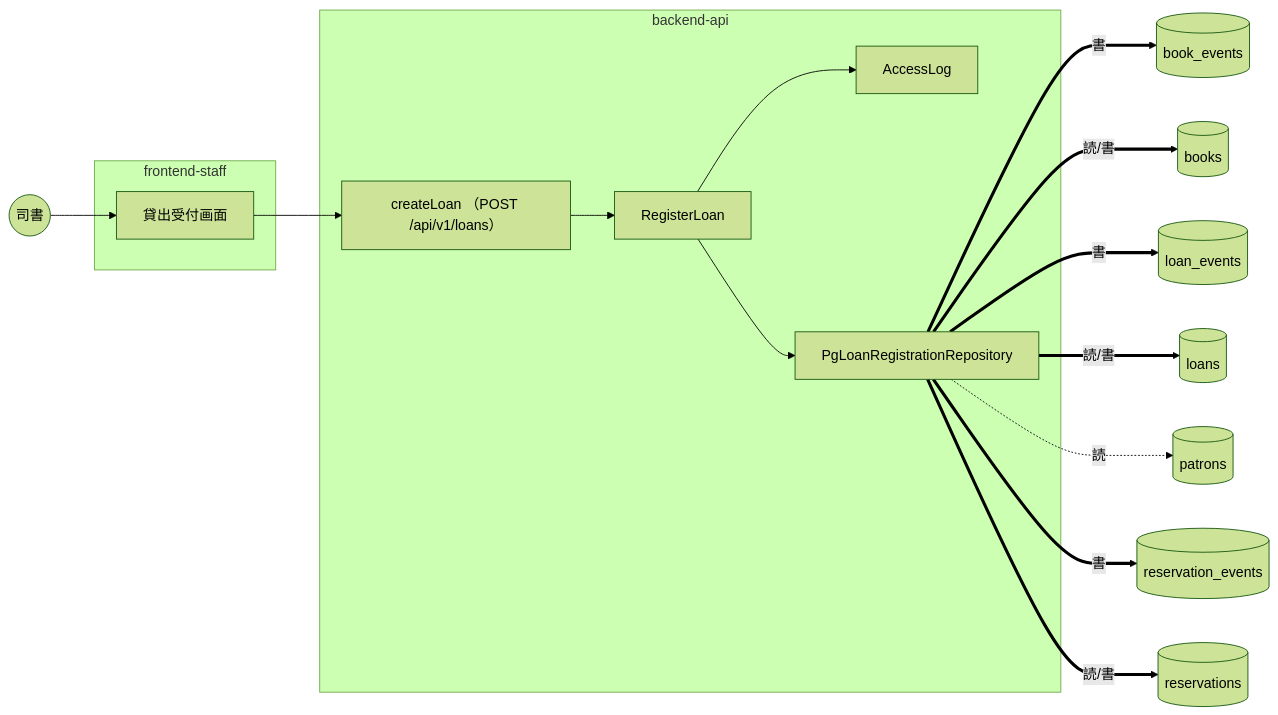
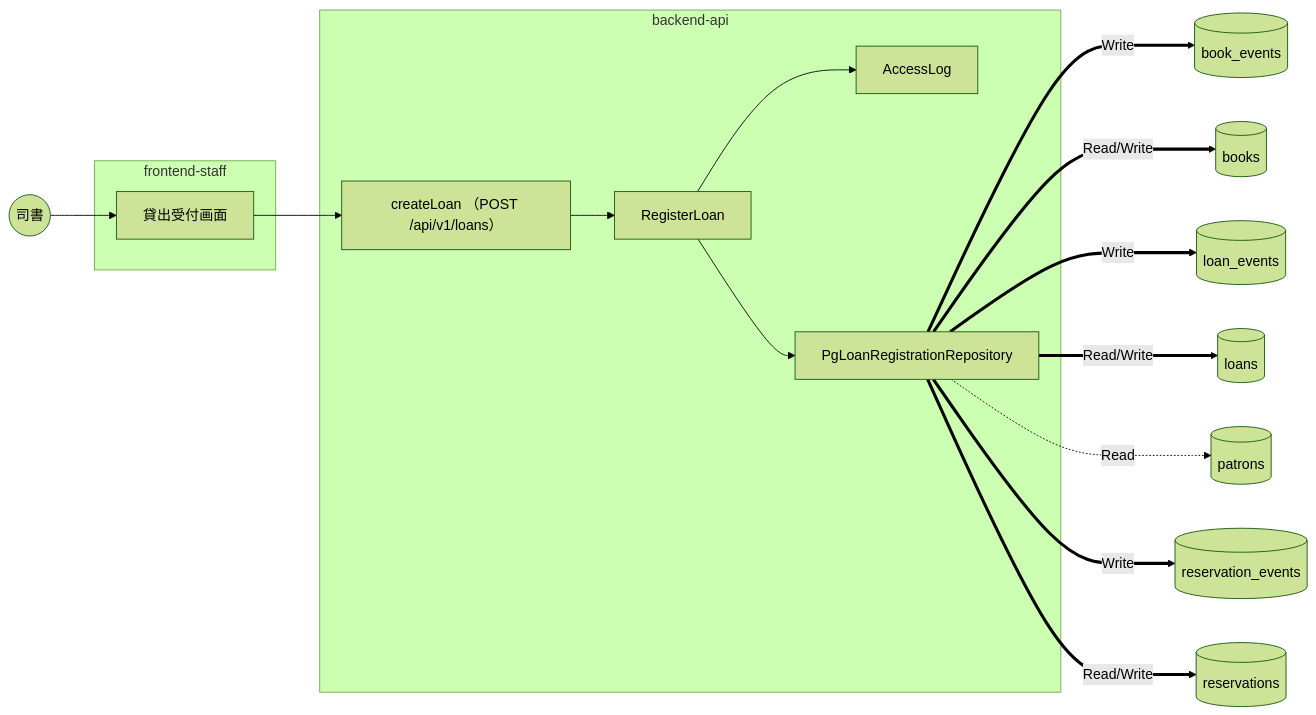
One commit to suwa-sh/suwa-sh-claude-plugins changed the second of 2 diagrams in samples/distillery2/library-loan/docs/as-built/貸出業務/貸出を登録する/index.md. Above: the diagram before and after it, drawn with Mermaid (forest theme). The commit also changed other lines of this file and 21 other files, not shown here.

First line of the commit message:
fix(distillery2): 辿りやすさの指摘 4 件 (C4 図の未生成表示、rules index のリンク、データフローの Read/Write、実装の記録の一覧) (0.1.8)

````diff
--- a/samples/distillery2/library-loan/docs/as-built/貸出業務/貸出を登録する/index.md
+++ b/samples/distillery2/library-loan/docs/as-built/貸出業務/貸出を登録する/index.md
@@ -109,32 +109,32 @@
 ```mermaid
 flowchart LR
     n0((司書))
     n6[(book_events)]
     n7[(books)]
     n8[(loan_events)]
     n9[(loans)]
     n10[(patrons)]
     n11[(reservation_events)]
     n12[(reservations)]
     subgraph n13["backend-api"]
         n1[AccessLog]
         n2[PgLoanRegistrationRepository]
         n3[RegisterLoan]
         n5[createLoan （POST /api/v1/loans）]
     end
     subgraph n14["frontend-staff"]
         n4[貸出受付画面]
     end
     n0 --> n4
-    n2 == 書 ==> n6
-    n2 == 読/書 ==> n7
-    n2 == 書 ==> n8
-    n2 == 読/書 ==> n9
-    n2 -. 読 .-> n10
-    n2 == 書 ==> n11
-    n2 == 読/書 ==> n12
+    n2 == Write ==> n6
+    n2 == Read/Write ==> n7
+    n2 == Write ==> n8
+    n2 == Read/Write ==> n9
+    n2 -. Read .-> n10
+    n2 == Write ==> n11
+    n2 == Read/Write ==> n12
     n3 --> n1
     n3 --> n2
     n4 --> n5
     n5 --> n3
 ```
````
